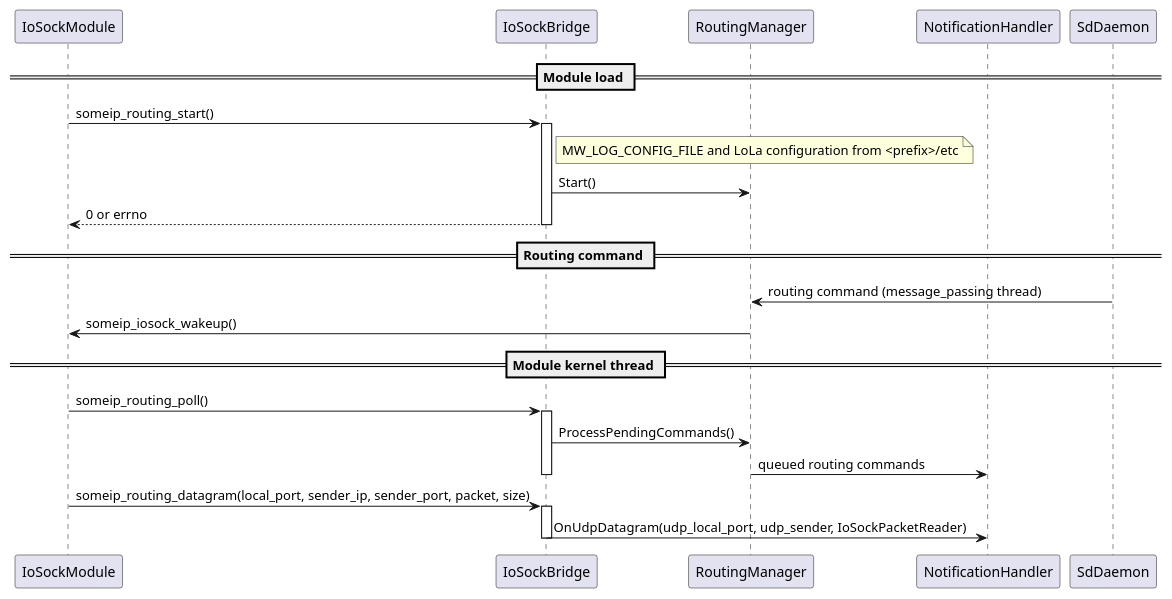
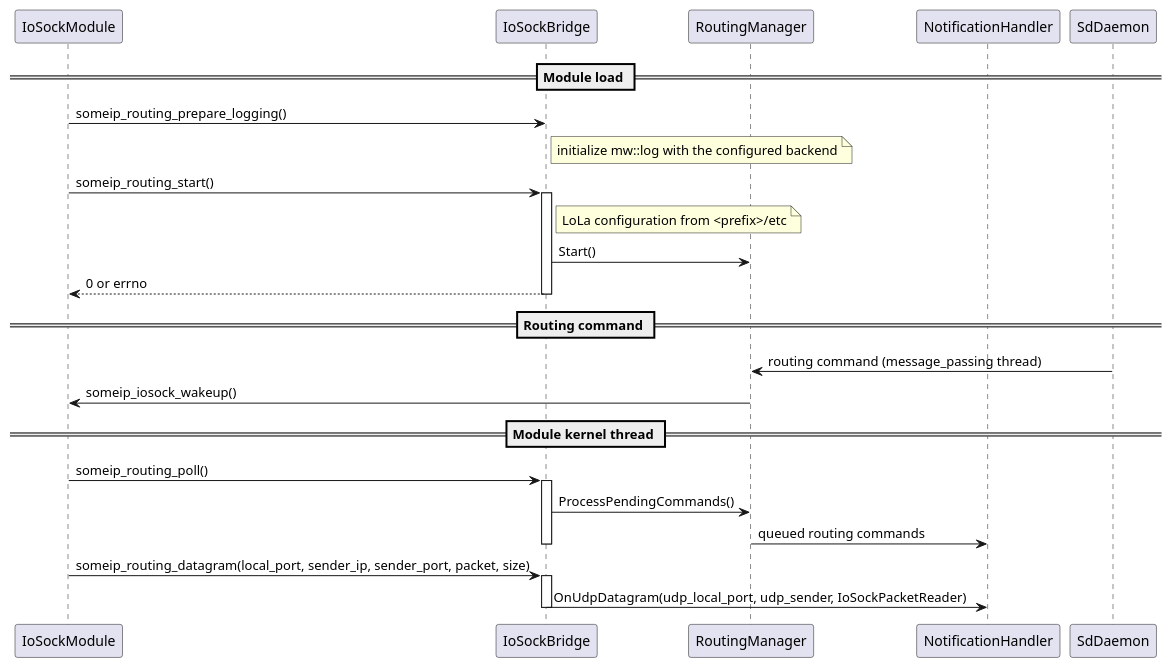
The diagram in score/someip/routing_module/iosock_bridge/dependability/iosock_bridge_sequence.puml (eclipse-score/communication), drawn with PlantUML before and after one commit. The commit also changed 17 other files, not shown here.

First line of the commit message:
someip: route io-sock logging through mw::log

```diff
--- a/score/someip/routing_module/iosock_bridge/dependability/iosock_bridge_sequence.puml
+++ b/score/someip/routing_module/iosock_bridge/dependability/iosock_bridge_sequence.puml
@@ -14,32 +14,34 @@
 @startuml iosock_bridge_sequence
 
 participant IoSockModule
 participant IoSockBridge
 participant RoutingManager
 participant NotificationHandler
 participant SdDaemon
 
 == Module load ==
+IoSockModule -> IoSockBridge : someip_routing_prepare_logging()
+note right of IoSockBridge : initialize mw::log with the configured backend
 IoSockModule -> IoSockBridge : someip_routing_start()
 activate IoSockBridge
-note right of IoSockBridge : MW_LOG_CONFIG_FILE and LoLa configuration from <prefix>/etc
+note right of IoSockBridge : LoLa configuration from <prefix>/etc
 IoSockBridge -> RoutingManager : Start()
 IoSockBridge --> IoSockModule : 0 or errno
 deactivate IoSockBridge
 
 == Routing command ==
 SdDaemon -> RoutingManager : routing command (message_passing thread)
 RoutingManager -> IoSockModule : someip_iosock_wakeup()
 
 == Module kernel thread ==
 IoSockModule -> IoSockBridge : someip_routing_poll()
 activate IoSockBridge
 IoSockBridge -> RoutingManager : ProcessPendingCommands()
 RoutingManager -> NotificationHandler : queued routing commands
 deactivate IoSockBridge
 IoSockModule -> IoSockBridge : someip_routing_datagram(local_port, sender_ip, sender_port, packet, size)
 activate IoSockBridge
 IoSockBridge -> NotificationHandler : OnUdpDatagram(udp_local_port, udp_sender, IoSockPacketReader)
 deactivate IoSockBridge
 
 @enduml
```
